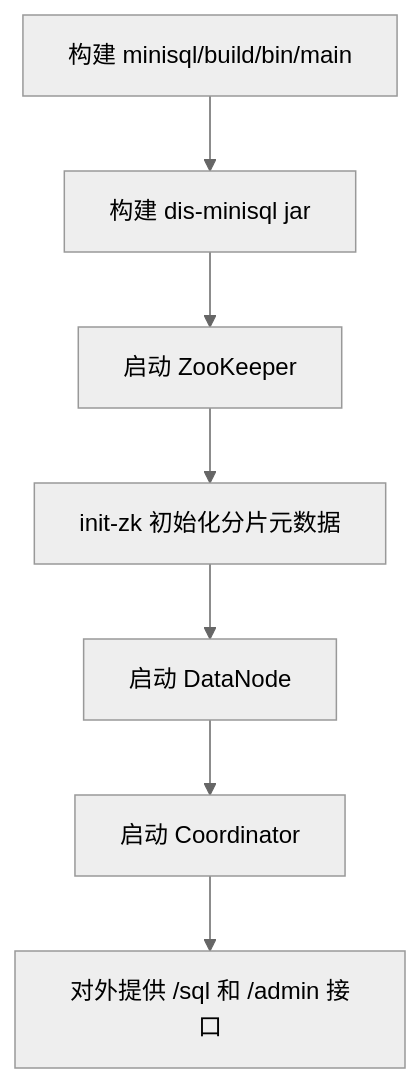
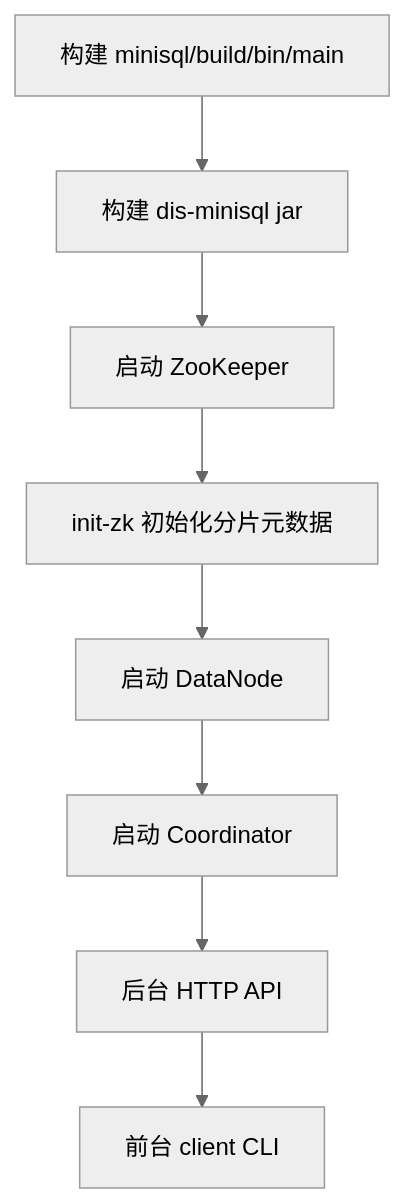
Before and after one commit to leiyu-dev/dis-minisql: the second of 9 diagrams in docs/设计报告.md, drawn with Mermaid (neutral theme). The commit also changed other lines of this file and 30 other files, not shown here.

````diff
--- a/docs/设计报告.md
+++ b/docs/设计报告.md
@@ -100,9 +101,10 @@
 ```mermaid
 flowchart TD
     BuildMini[构建 minisql/build/bin/main] --> BuildJava[构建 dis-minisql jar]
     BuildJava --> StartZk[启动 ZooKeeper]
     StartZk --> InitZk[init-zk 初始化分片元数据]
     InitZk --> StartNodes[启动 DataNode]
     StartNodes --> StartCoord[启动 Coordinator]
-    StartCoord --> Serve[对外提供 /sql 和 /admin 接口]
+    StartCoord --> Serve[后台 HTTP API]
+    Serve --> StartClient[前台 client CLI]
 ```
````
